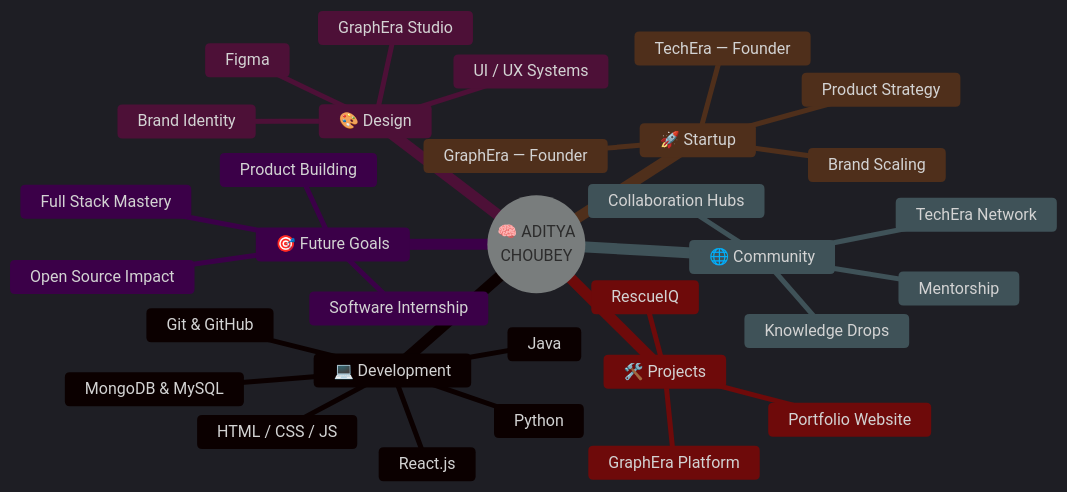
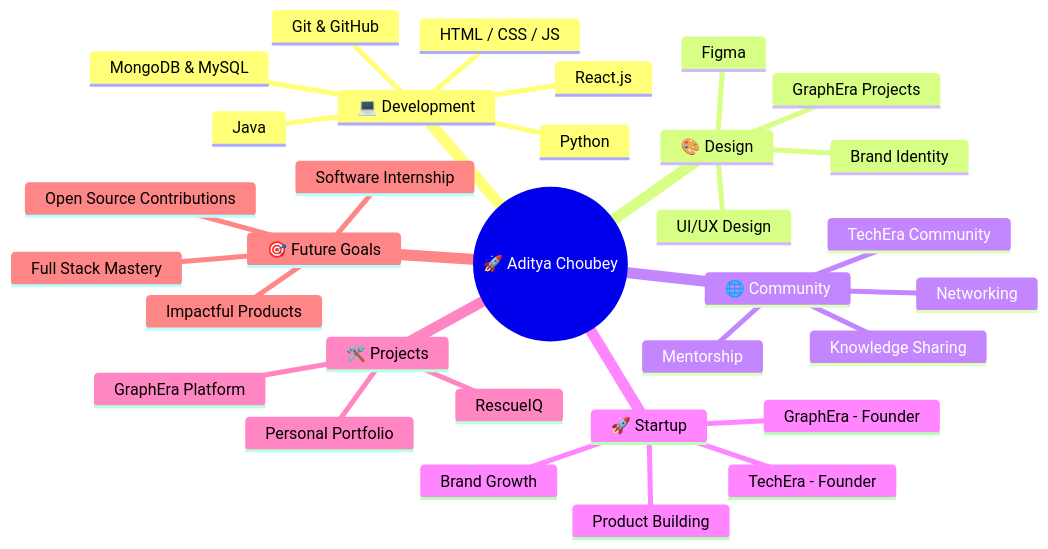
Before and after one commit to Adityachoubey26/Adityachoubey26: the diagram in README.md, drawn with Mermaid. The commit also changed other lines of this file, not shown here.

````diff
--- a/README.md
+++ b/README.md
@@ -105,36 +98,35 @@
 ```mermaid
-%%{init: {'theme':'dark', 'themeVariables': {'primaryColor':'#1a0000','primaryTextColor':'#fff','primaryBorderColor':'#FF0000','lineColor':'#FF0000','tertiaryColor':'#0d0d0d'}}}%%
 mindmap
-  root((🧠 ADITYA<br/>CHOUBEY))
+  root((🚀 Aditya Choubey))
     💻 Development
       HTML / CSS / JS
       React.js
       Java
       Python
       MongoDB & MySQL
       Git & GitHub
     🎨 Design
       Figma
-      UI / UX Systems
+      UI/UX Design
       Brand Identity
-      GraphEra Studio
+      GraphEra Projects
     🌐 Community
-      TechEra Network
+      TechEra Community
+      Networking
       Mentorship
-      Knowledge Drops
-      Collaboration Hubs
+      Knowledge Sharing
     🚀 Startup
-      GraphEra — Founder
-      TechEra — Founder
-      Product Strategy
-      Brand Scaling
+      GraphEra - Founder
+      TechEra - Founder
+      Product Building
+      Brand Growth
     🛠️ Projects
       RescueIQ
-      Portfolio Website
+      Personal Portfolio
       GraphEra Platform
     🎯 Future Goals
       Software Internship
       Full Stack Mastery
-      Open Source Impact
-      Product Building
+      Open Source Contributions
+      Impactful Products
 ```
````
